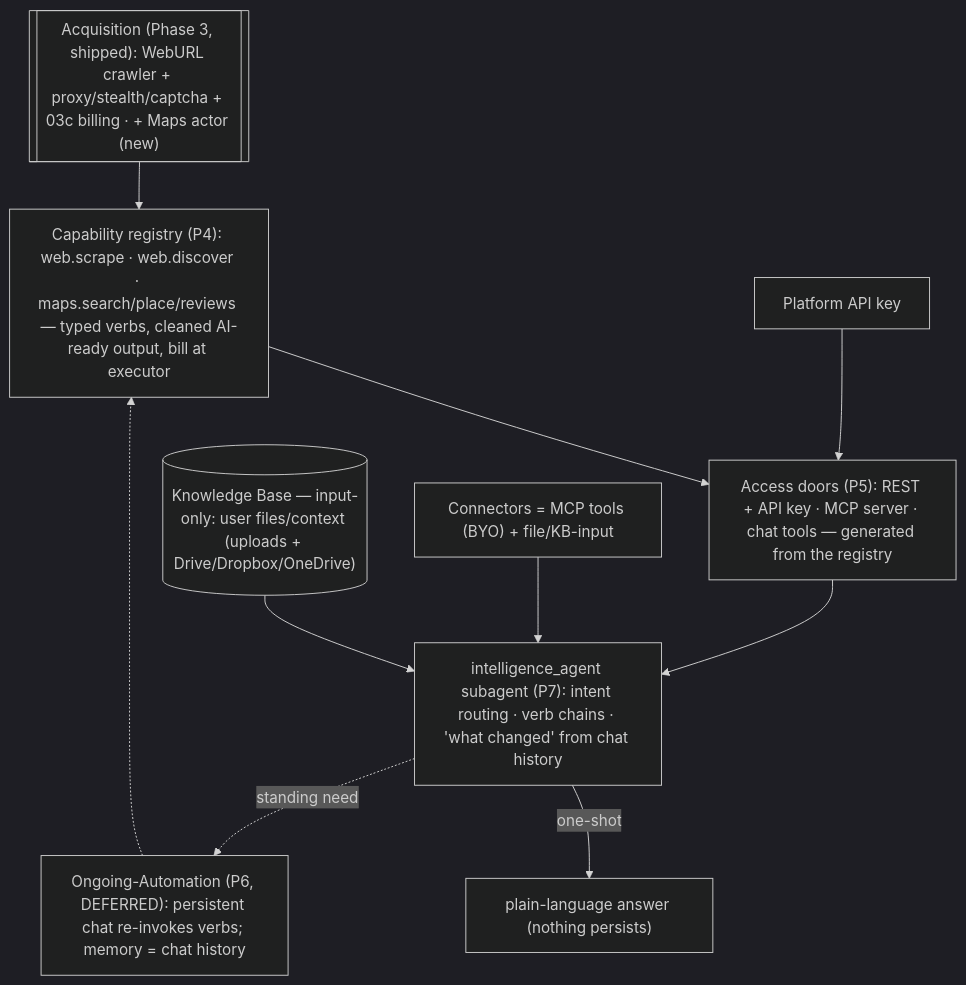
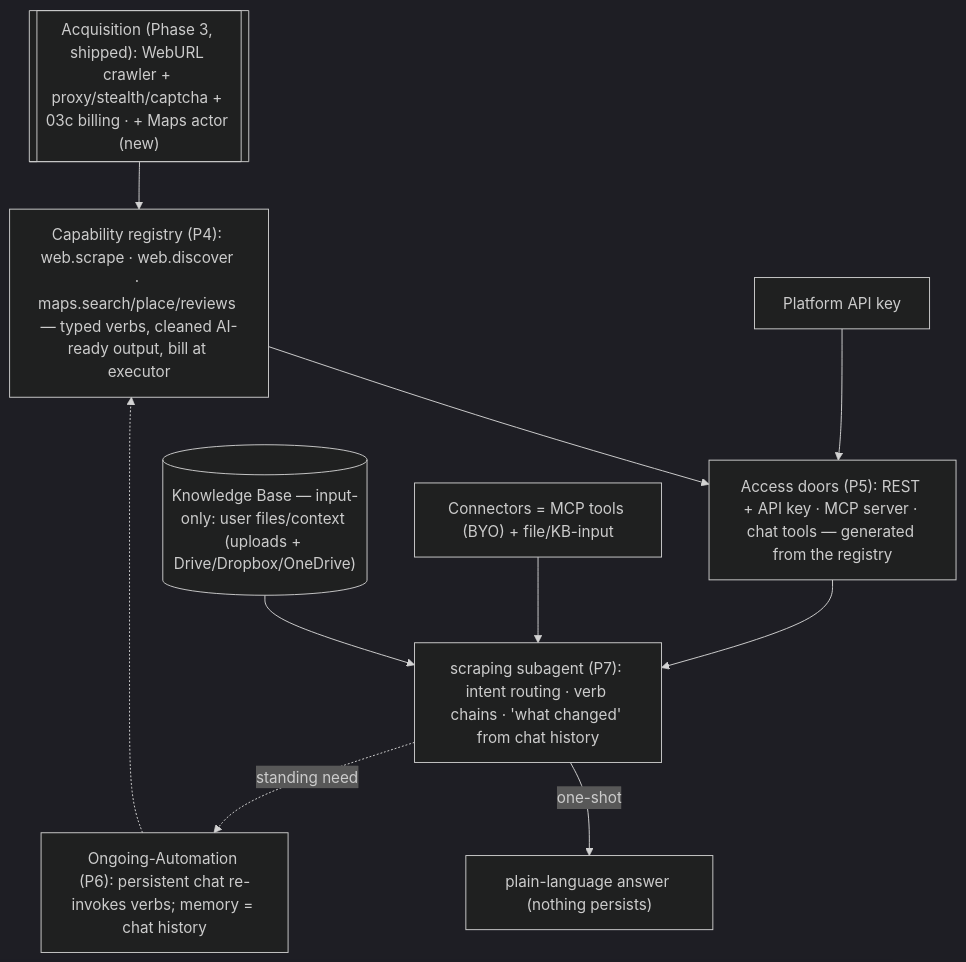
Before and after one commit to MODSetter/SurfSense: the first of 2 diagrams in plans/backend/00-umbrella-plan.md, drawn with Mermaid (dark theme). The commit also changed other lines of this file and 3 other files, not shown here.

Commit message:
docs(plans): sync phase 4-7 state; rename to scraping subagent

````diff
--- a/plans/backend/00-umbrella-plan.md
+++ b/plans/backend/00-umbrella-plan.md
@@ -49,14 +49,14 @@
 ```mermaid
 flowchart TD
   ACQ[["Acquisition (Phase 3, shipped): WebURL crawler + proxy/stealth/captcha + 03c billing · + Maps actor (new)"]]
   REG["Capability registry (P4): web.scrape · web.discover · maps.search/place/reviews — typed verbs, cleaned AI-ready output, bill at executor"]
   ACQ --> REG
   REG --> DOORS["Access doors (P5): REST + API key · MCP server · chat tools — generated from the registry"]
-  DOORS --> AGENT["intelligence_agent subagent (P7): intent routing · verb chains · 'what changed' from chat history"]
+  DOORS --> AGENT["scraping subagent (P7): intent routing · verb chains · 'what changed' from chat history"]
   KB[("Knowledge Base — input-only: user files/context (uploads + Drive/Dropbox/OneDrive)")] --> AGENT
   CONN["Connectors = MCP tools (BYO) + file/KB-input"] --> AGENT
   AGENT -->|one-shot| ANS["plain-language answer (nothing persists)"]
-  AGENT -.->|standing need| ONG["Ongoing-Automation (P6, DEFERRED): persistent chat re-invokes verbs; memory = chat history"]
+  AGENT -.->|standing need| ONG["Ongoing-Automation (P6): persistent chat re-invokes verbs; memory = chat history"]
   ONG -.-> REG
   APIKEY["Platform API key"] --> DOORS
 ```
````
